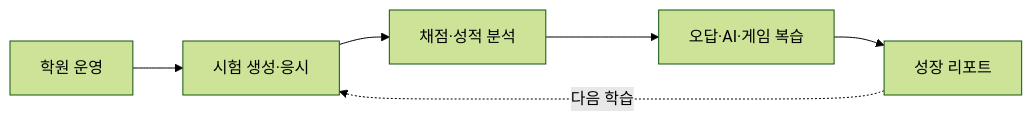
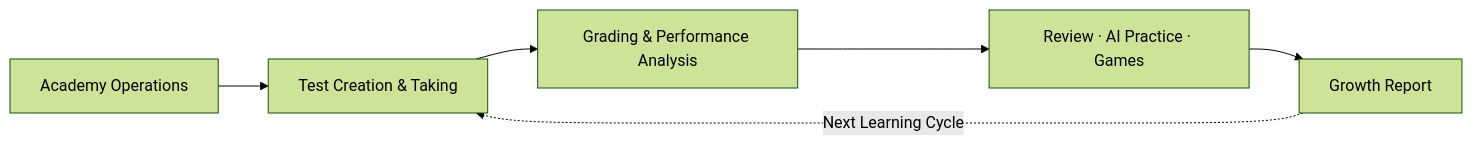
Before and after one commit to Eunhye-yoo/EduPOP: the first of 2 diagrams in README.md, drawn with Mermaid (forest theme). The commit also changed other lines of this file, not shown here.

```diff
--- a/README.md
+++ b/README.md
@@ -27,8 +32,8 @@
 ~~~mermaid
 flowchart LR
-    A["학원 운영"] --> B["시험 생성·응시"]
-    B --> C["채점·성적 분석"]
-    C --> D["오답·AI·게임 복습"]
-    D --> E["성장 리포트"]
-    E -. "다음 학습" .-> B
+    A["Academy Operations"] --> B["Test Creation & Taking"]
+    B --> C["Grading & Performance Analysis"]
+    C --> D["Review · AI Practice · Games"]
+    D --> E["Growth Report"]
+    E -. "Next Learning Cycle" .-> B
 ~~~
```
